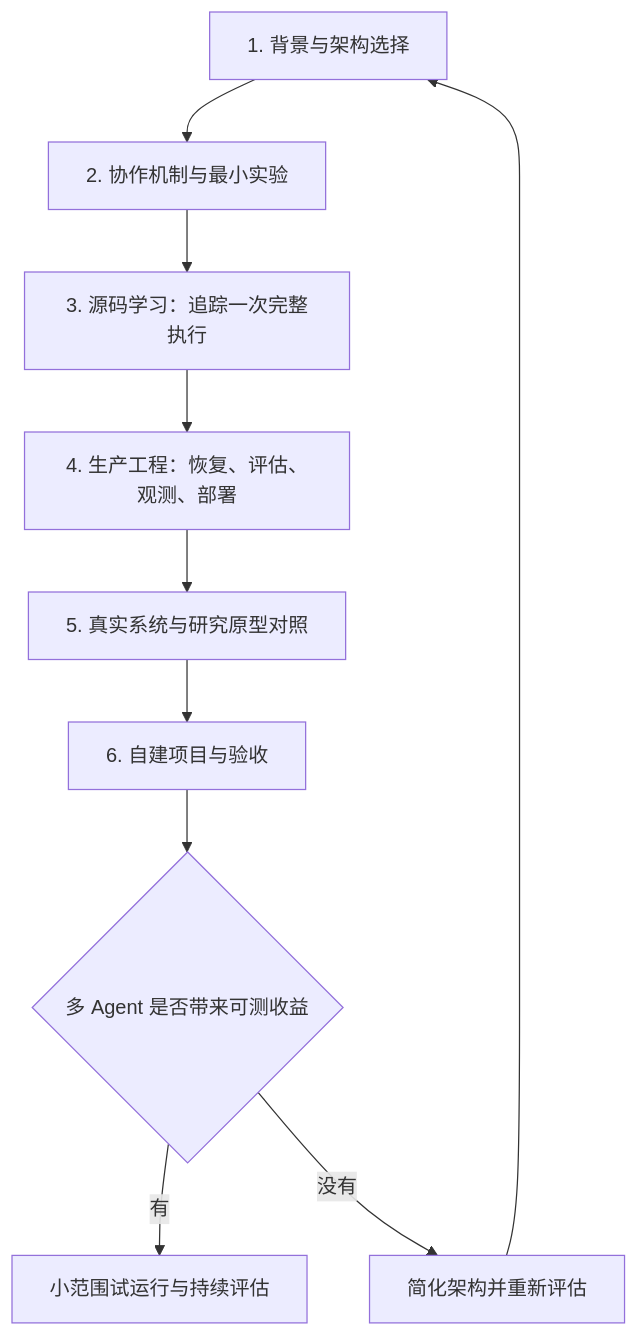
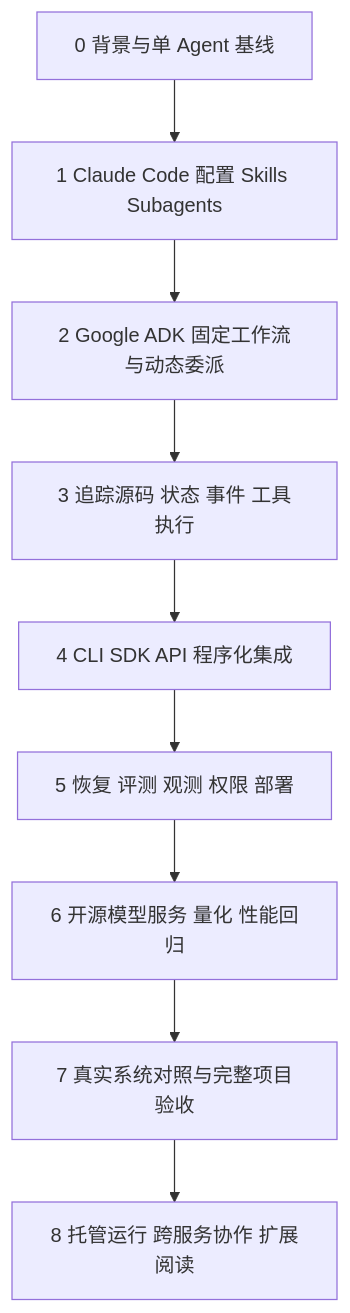
Before and after one commit to LoveNingBo/Agent-Learning: the diagram in 学习脉络图.md, drawn with Mermaid. The commit also changed other lines of this file, not shown here.

````diff
--- a/学习脉络图.md
+++ b/学习脉络图.md
@@ -11,12 +18,11 @@
 ```mermaid
 flowchart TD
-    A[1. 背景与架构选择] --> B[2. 协作机制与最小实验]
-    B --> C[3. 源码学习：追踪一次完整执行]
-    C --> D[4. 生产工程：恢复、评估、观测、部署]
-    D --> E[5. 真实系统与研究原型对照]
-    E --> F[6. 自建项目与验收]
-    F --> G{多 Agent 是否带来可测收益}
-    G -->|有| H[小范围试运行与持续评估]
-    G -->|没有| I[简化架构并重新评估]
-    I --> A
+    A[0 背景与单 Agent 基线] --> B[1 Claude Code 配置 Skills Subagents]
+    B --> C[2 Google ADK 固定工作流与动态委派]
+    C --> D[3 追踪源码 状态 事件 工具执行]
+    D --> E[4 CLI SDK API 程序化集成]
+    E --> F[5 恢复 评测 观测 权限 部署]
+    F --> G[6 开源模型服务 量化 性能回归]
+    G --> H[7 真实系统对照与完整项目验收]
+    H --> I[8 托管运行 跨服务协作 扩展阅读]
 ```
````
